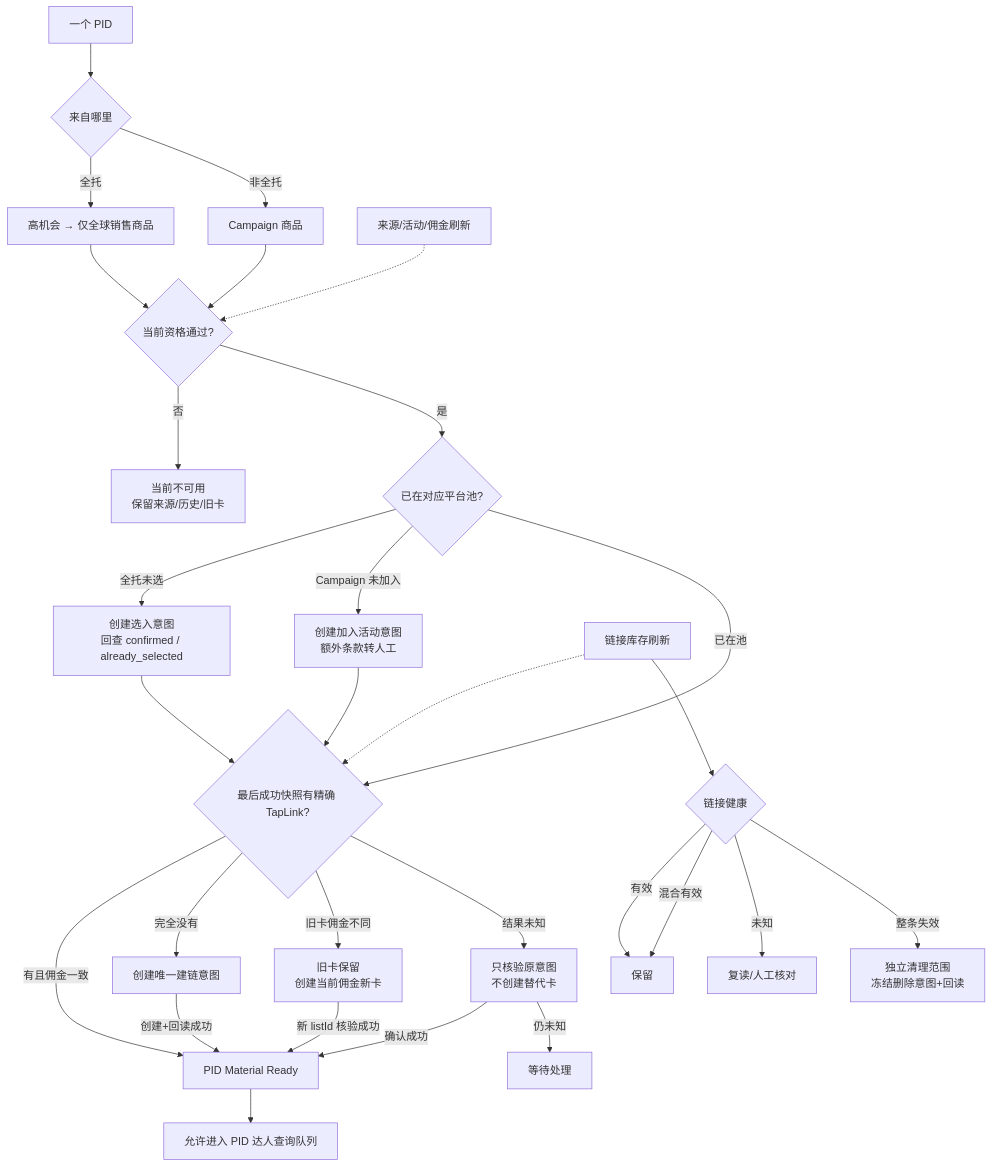
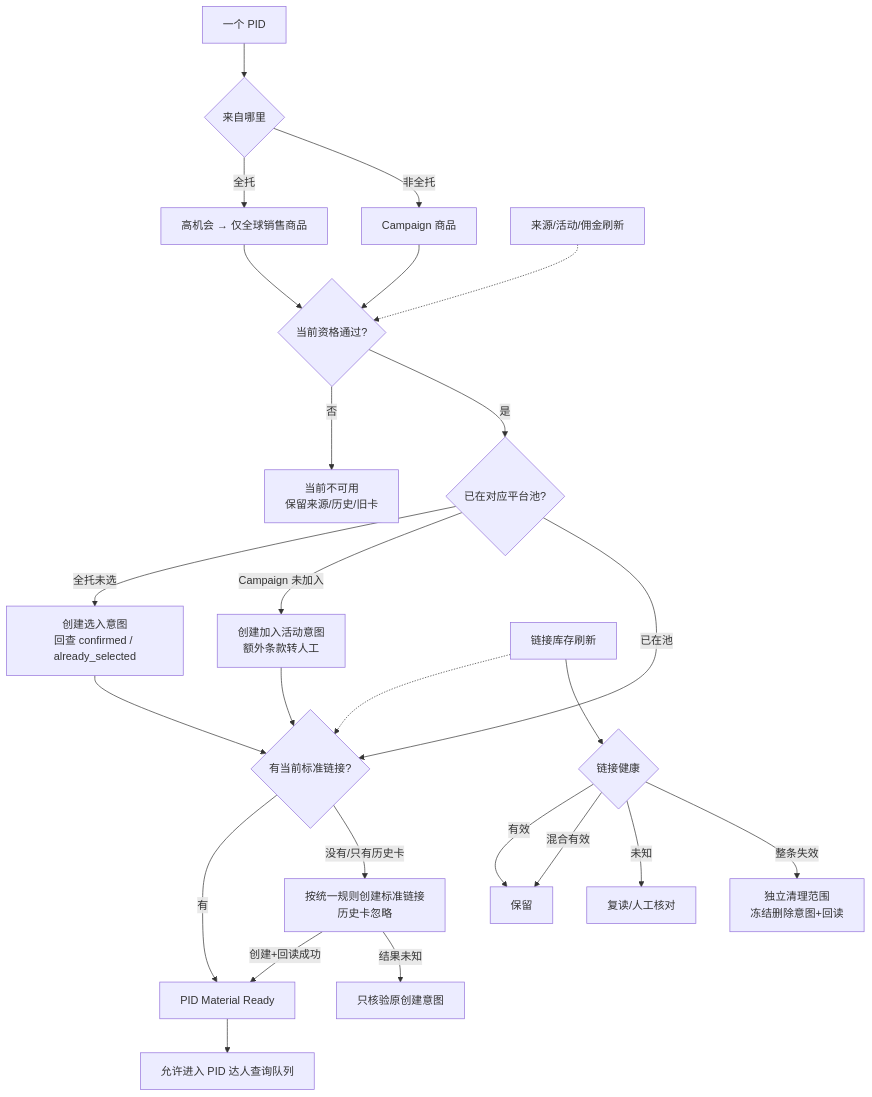
The diagram in docs/architecture/pid-lifecycle-v1.md (1435762425/BDHub-Agent), drawn with Mermaid before and after one commit. The commit also changed other lines of this file and 5 other files, not shown here.

Commit message:
docs: standardize current TapLink creation

````diff
--- a/docs/architecture/pid-lifecycle-v1.md
+++ b/docs/architecture/pid-lifecycle-v1.md
@@ -11,37 +11,33 @@
 ```mermaid
 flowchart TD
     PID[一个 PID] --> SRC{来自哪里}
     SRC -->|全托| FS[高机会 → 仅全球销售商品]
     SRC -->|非全托| CP[Campaign 商品]
 
     FS --> Q{当前资格通过?}
     CP --> Q
     Q -->|否| INACTIVE[当前不可用<br/>保留来源/历史/旧卡]
     Q -->|是| POOL{已在对应平台池?}
 
     POOL -->|全托未选| SELECT[创建选入意图<br/>回查 confirmed / already_selected]
     POOL -->|Campaign 未加入| JOIN[创建加入活动意图<br/>额外条款转人工]
     SELECT --> LINK
     JOIN --> LINK
-    POOL -->|已在池| LINK{最后成功快照有精确 TapLink?}
+    POOL -->|已在池| LINK{有当前标准链接?}
 
-    LINK -->|有且佣金一致| READY[PID Material Ready]
-    LINK -->|完全没有| CREATE[创建唯一建链意图]
-    LINK -->|旧卡佣金不同| REBUILD[旧卡保留<br/>创建当前佣金新卡]
-    LINK -->|结果未知| VERIFY[只核验原意图<br/>不创建替代卡]
+    LINK -->|有| READY[PID Material Ready]
+    LINK -->|没有/只有历史卡| CREATE[按统一规则创建标准链接<br/>历史卡忽略]
     CREATE -->|创建+回读成功| READY
-    REBUILD -->|新 listId 核验成功| READY
-    VERIFY -->|确认成功| READY
-    VERIFY -->|仍未知| WAIT[等待处理]
+    CREATE -->|结果未知| WAIT[只核验原创建意图]
 
     READY --> LEADS[允许进入 PID 达人查询队列]
 
     REFRESH[来源/活动/佣金刷新] -.-> Q
     INVENTORY[链接库存刷新] -.-> LINK
 
     INVENTORY --> CLEAN{链接健康}
     CLEAN -->|有效| KEEP[保留]
     CLEAN -->|混合有效| KEEP
     CLEAN -->|未知| REVIEW[复读/人工核对]
     CLEAN -->|整条失效| CLEAN_SCOPE[独立清理范围<br/>冻结删除意图+回读]
 ```
````
